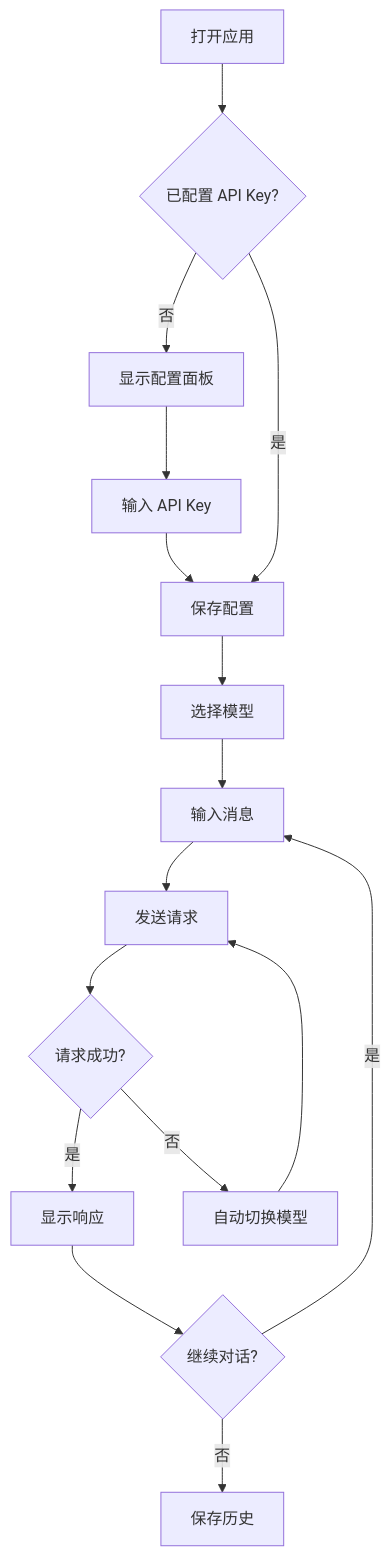
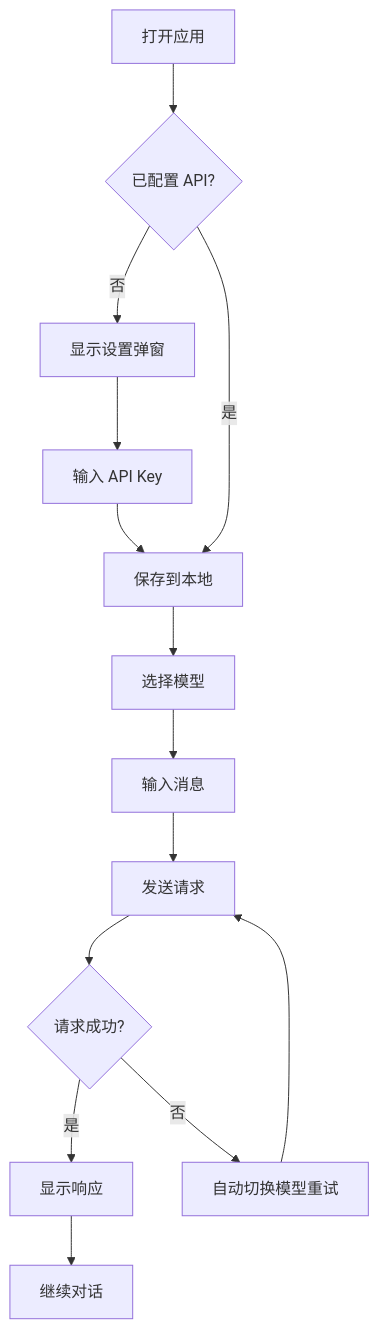
Before and after one commit to furina707/sharmu-code: the diagram in .trae/documents/prd.md, drawn with Mermaid. The commit also changed other lines of this file and 33 other files, not shown here.

````diff
--- a/.trae/documents/prd.md
+++ b/.trae/documents/prd.md
@@ -33,18 +25,16 @@
 ```mermaid
 flowchart TD
-    A[打开应用] --> B{已配置 API Key?}
-    B -->|否| C[显示配置面板]
+    A[打开应用] --> B{已配置 API?}
+    B -->|否| C[显示设置弹窗]
     C --> D[输入 API Key]
-    D --> E[保存配置]
+    D --> E[保存到本地]
     B -->|是| E
     E --> F[选择模型]
     F --> G[输入消息]
     G --> H[发送请求]
     H --> I{请求成功?}
     I -->|是| J[显示响应]
-    I -->|否| K[自动切换模型]
+    I -->|否| K[自动切换模型重试]
     K --> H
-    J --> L{继续对话?}
-    L -->|是| G
-    L -->|否| M[保存历史]
+    J --> L[继续对话]
 ```
````
